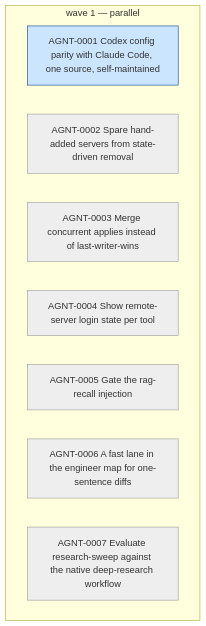
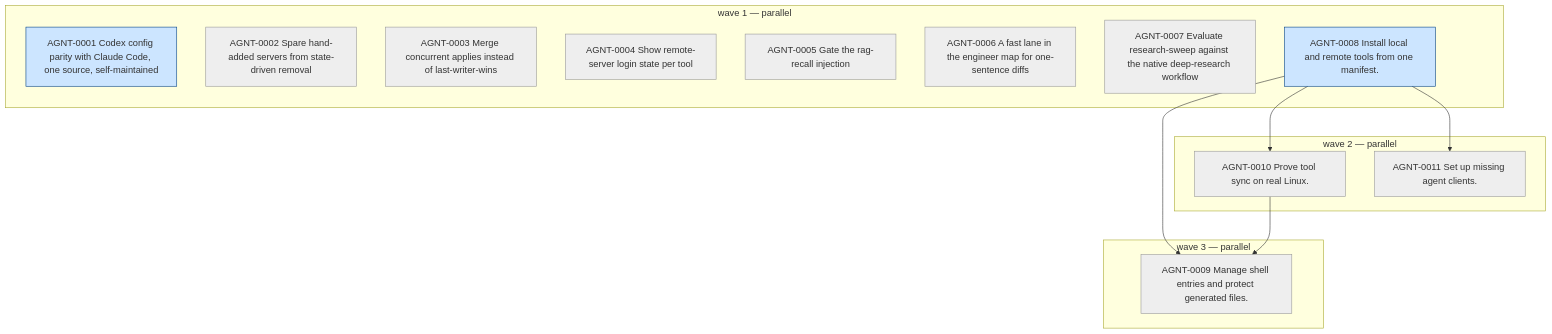
One commit to OwaisQuadri/agents changed the diagram in .map/roadmap.mmd. Above: the diagram before and after it, drawn with Mermaid. The commit also changed 22 other files, not shown here.

First line of the commit message:
Install local and remote tools from one manifest (#26)

```diff
--- a/.map/roadmap.mmd
+++ b/.map/roadmap.mmd
@@ -1,15 +1,27 @@
 flowchart TD
   classDef todo fill:#eeeeee,stroke:#999999
   classDef inprogress fill:#fff3cd,stroke:#b8860b
   classDef resolved fill:#cce5ff,stroke:#004085
   classDef done fill:#d4edda,stroke:#155724
   classDef cancelled fill:#f8d7da,stroke:#721c24,stroke-dasharray: 5 5
   subgraph wave1 ["wave 1 — parallel"]
     AGNT_0001["AGNT-0001 Codex config parity with Claude Code, one source, self-maintained"]:::resolved
     AGNT_0002["AGNT-0002 Spare hand-added servers from state-driven removal"]:::todo
     AGNT_0003["AGNT-0003 Merge concurrent applies instead of last-writer-wins"]:::todo
     AGNT_0004["AGNT-0004 Show remote-server login state per tool"]:::todo
     AGNT_0005["AGNT-0005 Gate the rag-recall injection"]:::todo
     AGNT_0006["AGNT-0006 A fast lane in the engineer map for one-sentence diffs"]:::todo
     AGNT_0007["AGNT-0007 Evaluate research-sweep against the native deep-research workflow"]:::todo
+    AGNT_0008["AGNT-0008 Install local and remote tools from one manifest."]:::resolved
   end
+  subgraph wave2 ["wave 2 — parallel"]
+    AGNT_0010["AGNT-0010 Prove tool sync on real Linux."]:::todo
+    AGNT_0011["AGNT-0011 Set up missing agent clients."]:::todo
+  end
+  subgraph wave3 ["wave 3 — parallel"]
+    AGNT_0009["AGNT-0009 Manage shell entries and protect generated files."]:::todo
+  end
+  AGNT_0008 --> AGNT_0009
+  AGNT_0010 --> AGNT_0009
+  AGNT_0008 --> AGNT_0010
+  AGNT_0008 --> AGNT_0011
```
